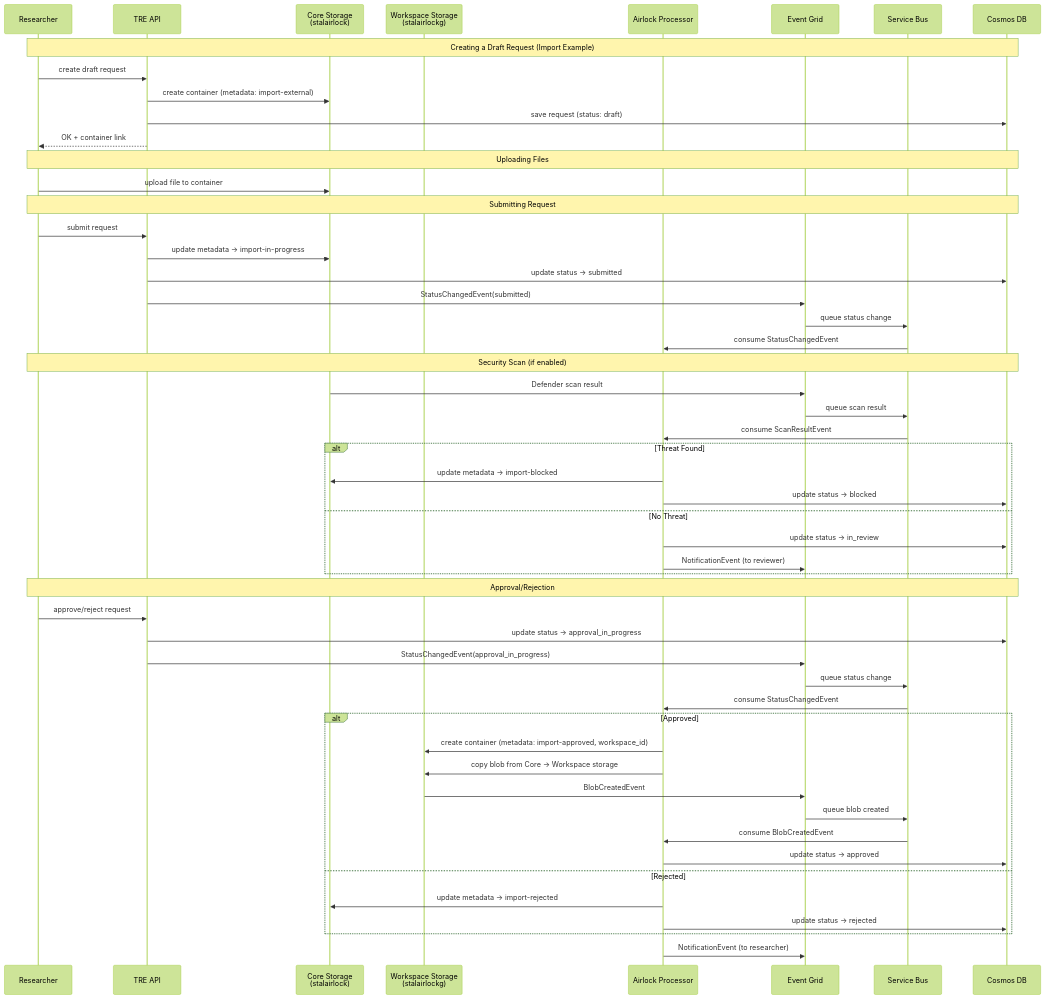
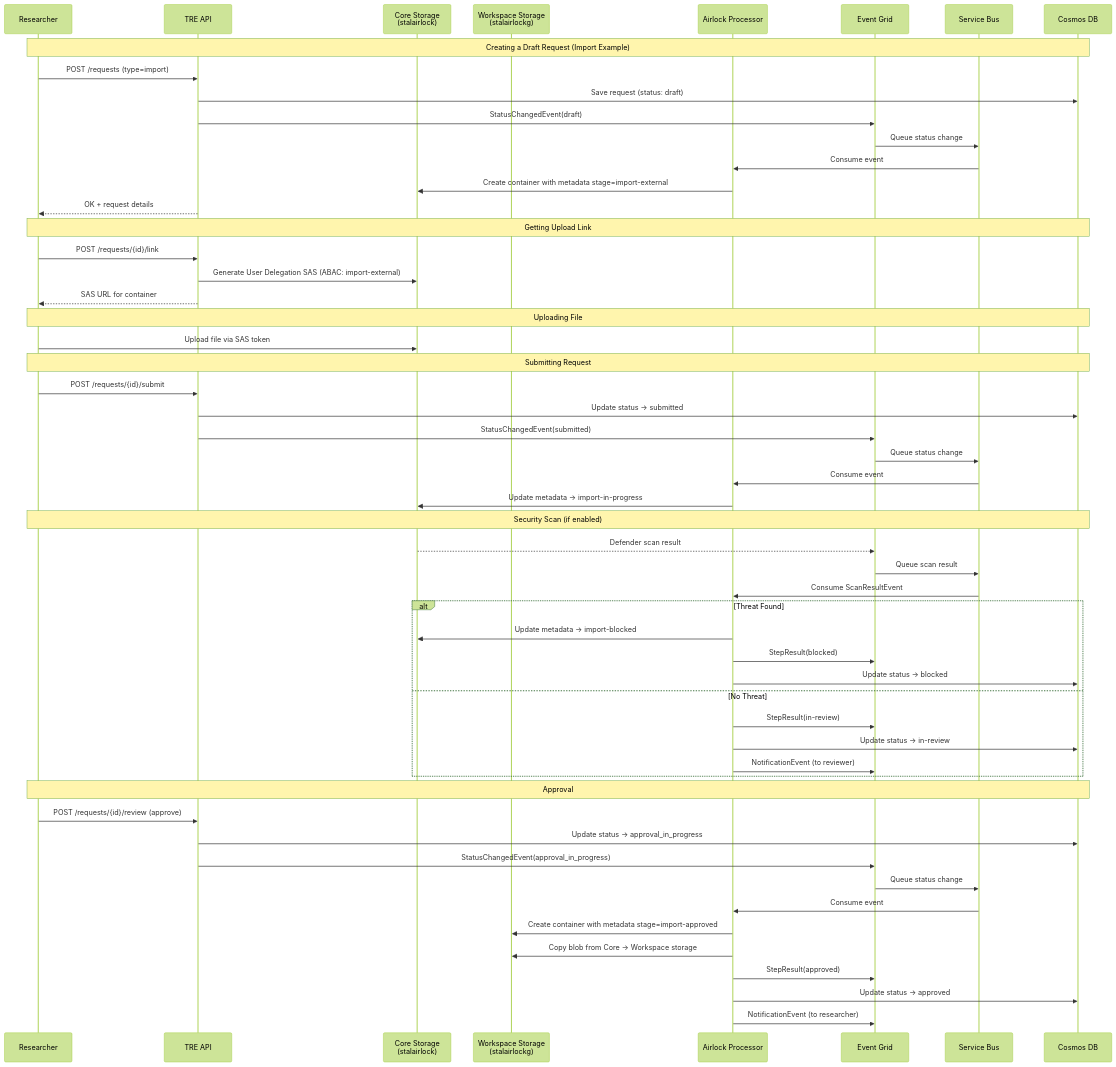
Before and after one commit to microsoft/AzureTRE: the sixth of 7 diagrams in docs/azure-tre-overview/airlock.md, drawn with Mermaid (forest theme). The commit also changed other lines of this file and 45 other files, not shown here.

````diff
--- a/docs/azure-tre-overview/airlock.md
+++ b/docs/azure-tre-overview/airlock.md
@@ -235,62 +381,63 @@
 ```mermaid
 sequenceDiagram
     participant R as Researcher
     participant API as TRE API
     participant CS as Core Storage<br/>(stalairlock)
     participant WS as Workspace Storage<br/>(stalairlockg)
     participant AP as Airlock Processor
     participant EG as Event Grid
     participant SB as Service Bus
     participant DB as Cosmos DB
 
     Note over R,DB: Creating a Draft Request (Import Example)
-    R->>API: create draft request
-    API->>CS: create container (metadata: import-external)
-    API->>DB: save request (status: draft)
-    API-->>R: OK + container link
+    R->>API: POST /requests (type=import)
+    API->>DB: Save request (status: draft)
+    API->>EG: StatusChangedEvent(draft)
+    EG->>SB: Queue status change
+    SB->>AP: Consume event
+    AP->>CS: Create container with metadata stage=import-external
+    API-->>R: OK + request details
 
-    Note over R,DB: Uploading Files
-    R->>CS: upload file to container
+    Note over R,DB: Getting Upload Link
+    R->>API: POST /requests/{id}/link
+    API->>CS: Generate User Delegation SAS (ABAC: import-external)
+    API-->>R: SAS URL for container
+
+    Note over R,DB: Uploading File
+    R->>CS: Upload file via SAS token
 
     Note over R,DB: Submitting Request
-    R->>API: submit request
-    API->>CS: update metadata → import-in-progress
-    API->>DB: update status → submitted
+    R->>API: POST /requests/{id}/submit
+    API->>DB: Update status → submitted
     API->>EG: StatusChangedEvent(submitted)
-    EG->>SB: queue status change
-    SB->>AP: consume StatusChangedEvent
+    EG->>SB: Queue status change
+    SB->>AP: Consume event
+    AP->>CS: Update metadata → import-in-progress
 
     Note over R,DB: Security Scan (if enabled)
-    CS->>EG: Defender scan result
-    EG->>SB: queue scan result
-    SB->>AP: consume ScanResultEvent
-    
+    CS-->>EG: Defender scan result
+    EG->>SB: Queue scan result
+    SB->>AP: Consume ScanResultEvent
+
     alt Threat Found
-        AP->>CS: update metadata → import-blocked
-        AP->>DB: update status → blocked
+        AP->>CS: Update metadata → import-blocked
+        AP->>EG: StepResult(blocked)
+        AP->>DB: Update status → blocked
     else No Threat
-        AP->>DB: update status → in_review
+        AP->>EG: StepResult(in-review)
+        AP->>DB: Update status → in-review
         AP->>EG: NotificationEvent (to reviewer)
     end
 
-    Note over R,DB: Approval/Rejection
-    R->>API: approve/reject request
-    API->>DB: update status → approval_in_progress
+    Note over R,DB: Approval
+    R->>API: POST /requests/{id}/review (approve)
+    API->>DB: Update status → approval_in_progress
     API->>EG: StatusChangedEvent(approval_in_progress)
-    EG->>SB: queue status change
-    SB->>AP: consume StatusChangedEvent
-    
-    alt Approved
-        AP->>WS: create container (metadata: import-approved, workspace_id)
-        AP->>WS: copy blob from Core → Workspace storage
-        WS->>EG: BlobCreatedEvent
-        EG->>SB: queue blob created
-        SB->>AP: consume BlobCreatedEvent
-        AP->>DB: update status → approved
-    else Rejected
-        AP->>CS: update metadata → import-rejected
-        AP->>DB: update status → rejected
-    end
-    
+    EG->>SB: Queue status change
+    SB->>AP: Consume event
+    AP->>WS: Create container with metadata stage=import-approved
+    AP->>WS: Copy blob from Core → Workspace storage
+    AP->>EG: StepResult(approved)
+    AP->>DB: Update status → approved
     AP->>EG: NotificationEvent (to researcher)
 ```
````
